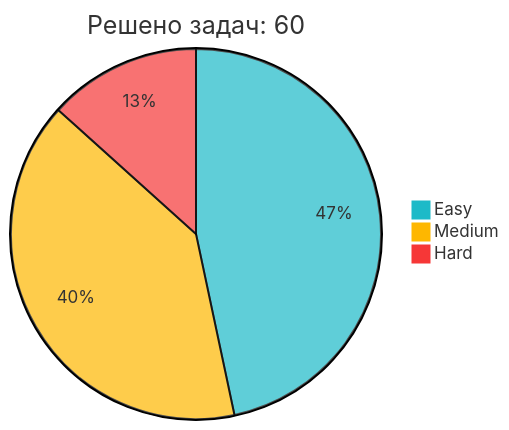
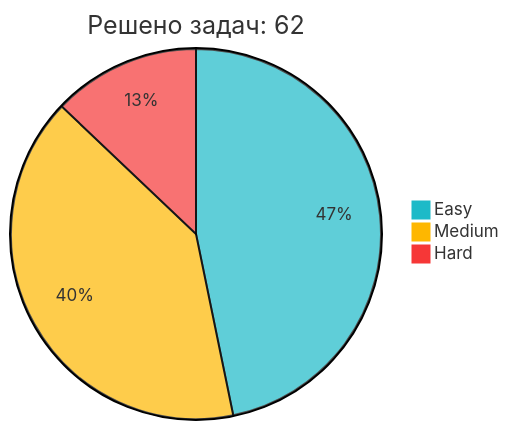
The diagram in README.md (IliaKurdukov/IliaKurdukov), drawn with Mermaid before and after one commit. The commit also changed other lines of this file, not shown here.

Commit message:
📈 Обновление статистики LeetCode

````diff
--- a/README.md
+++ b/README.md
@@ -51,7 +51,7 @@
 ```mermaid
 %%{init: {'theme': 'base', 'themeVariables': { 'pie1': '#1CBAC8', 'pie2': '#FEB700', 'pie3': '#F63737' }, 'config': {'width': 300, 'height': 200}}}%%
-pie title Решено задач: 60
-   "Easy" : 28
-   "Medium" : 24
+pie title Решено задач: 62
+   "Easy" : 29
+   "Medium" : 25
    "Hard" : 8
 ```
````
